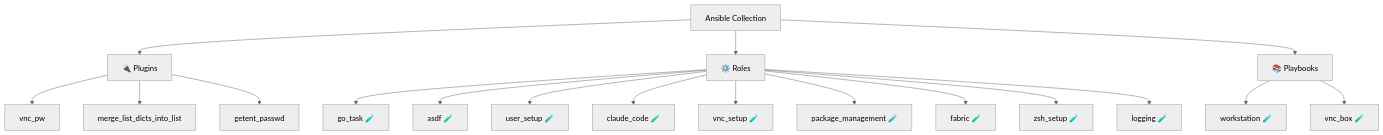
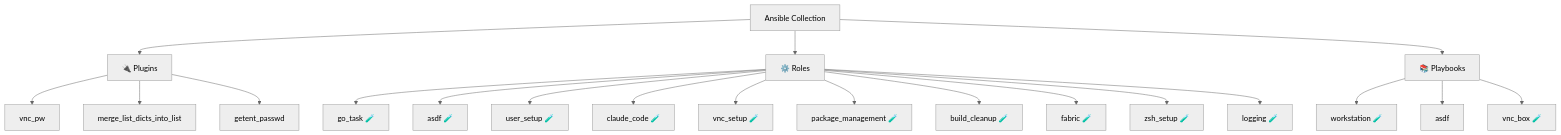
The diagram in README.md (CowDogMoo/ansible-collection-workstation), drawn with Mermaid (neutral theme) before and after one commit. The commit also changed 21 other files, not shown here.

First line of the commit message:
feat: add parameterized build cleanup role for artifact and image minimization (#738)

````diff
--- a/README.md
+++ b/README.md
@@ -15,21 +15,23 @@
 ```mermaid
 graph TD
     Collection[Ansible Collection]
     Collection --> Plugins[🔌 Plugins]
     Plugins --> P0[vnc_pw]
     Plugins --> P1[merge_list_dicts_into_list]
     Plugins --> P2[getent_passwd]
     Collection --> Roles[⚙️ Roles]
     Roles --> R0[go_task 🧪]
     Roles --> R1[asdf 🧪]
     Roles --> R2[user_setup 🧪]
     Roles --> R3[claude_code 🧪]
     Roles --> R4[vnc_setup 🧪]
     Roles --> R5[package_management 🧪]
-    Roles --> R6[fabric 🧪]
-    Roles --> R7[zsh_setup 🧪]
-    Roles --> R8[logging 🧪]
+    Roles --> R6[build_cleanup 🧪]
+    Roles --> R7[fabric 🧪]
+    Roles --> R8[zsh_setup 🧪]
+    Roles --> R9[logging 🧪]
     Collection --> Playbooks[📚 Playbooks]
     Playbooks --> PB0[workstation 🧪]
-    Playbooks --> PB1[vnc_box 🧪]
+    Playbooks --> PB1[asdf]
+    Playbooks --> PB2[vnc_box 🧪]
 ```
````
